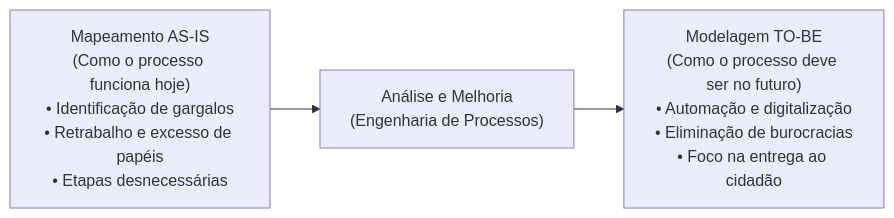
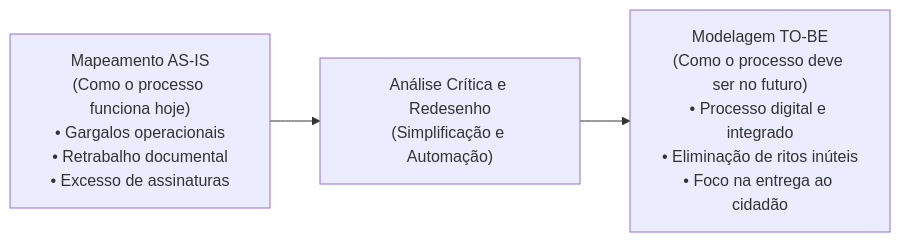
Before and after one commit to thiagosantos346/TCE-GO-2027: the fifth of 6 diagrams in fontes_de_estudo/conhecimentos_especificos_a01_tecnico_administrativo/21_nocoes_de_administracao_publica/03_gestao_da_qualidade_processos_projetos_e_decreto_9094.md, drawn with Mermaid. The commit also changed other lines of this file and 119 other files, not shown here.

````diff
--- a/fontes_de_estudo/conhecimentos_especificos_a01_tecnico_administrativo/21_nocoes_de_administracao_publica/03_gestao_da_qualidade_processos_projetos_e_decreto_9094.md
+++ b/fontes_de_estudo/conhecimentos_especificos_a01_tecnico_administrativo/21_nocoes_de_administracao_publica/03_gestao_da_qualidade_processos_projetos_e_decreto_9094.md
@@ -176,6 +189,6 @@
 ```mermaid
 flowchart LR
-    ASIS["Mapeamento AS-IS<br/>(Como o processo funciona hoje)<br/>• Identificação de gargalos<br/>• Retrabalho e excesso de papéis<br/>• Etapas desnecessárias"] 
-    --> Redesenho["Análise e Melhoria<br/>(Engenharia de Processos)"] 
-    --> TOBE["Modelagem TO-BE<br/>(Como o processo deve ser no futuro)<br/>• Automação e digitalização<br/>• Eliminação de burocracias<br/>• Foco na entrega ao cidadão"]
+    ASIS["Mapeamento AS-IS<br/>(Como o processo funciona hoje)<br/>• Gargalos operacionais<br/>• Retrabalho documental<br/>• Excesso de assinaturas"] 
+    --> Engenharia["Análise Crítica e Redesenho<br/>(Simplificação e Automação)"] 
+    --> TOBE["Modelagem TO-BE<br/>(Como o processo deve ser no futuro)<br/>• Processo digital e integrado<br/>• Eliminação de ritos inúteis<br/>• Foco na entrega ao cidadão"]
 ```
````
